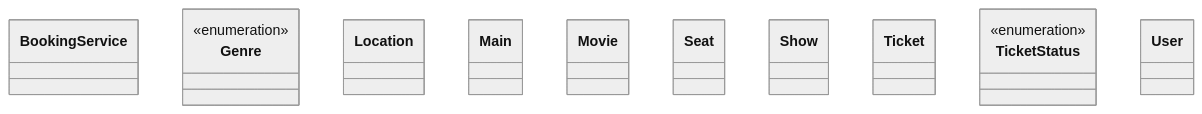
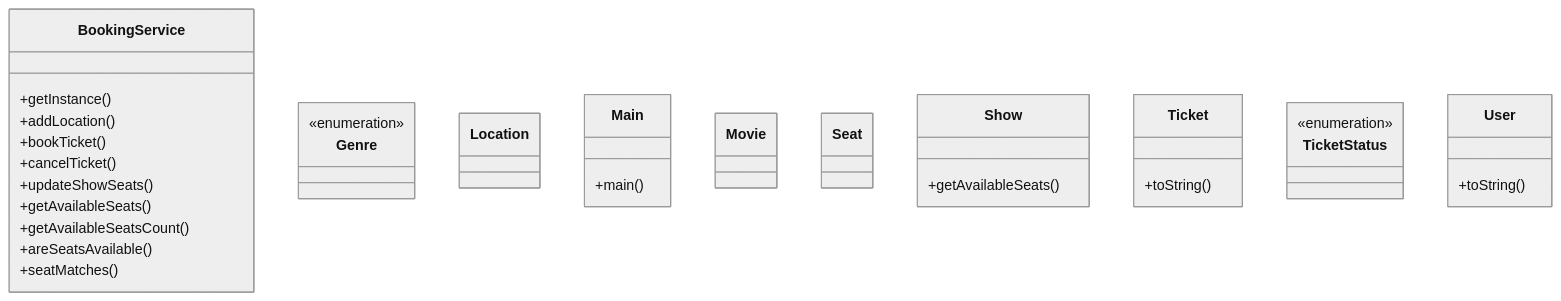
Before and after one commit to amanjaiswal30/dsa-solutions: the diagram in questions/low_level_design/02_movie_ticket_booking_system_lld.md, drawn with Mermaid (neutral theme). The commit also changed other lines of this file and 210 other files, not shown here.

````diff
--- a/questions/low_level_design/02_movie_ticket_booking_system_lld.md
+++ b/questions/low_level_design/02_movie_ticket_booking_system_lld.md
@@ -54,17 +54,35 @@
 ```mermaid
 classDiagram
-    class BookingService
+    class BookingService {
+        +getInstance()
+        +addLocation()
+        +bookTicket()
+        +cancelTicket()
+        +updateShowSeats()
+        +getAvailableSeats()
+        +getAvailableSeatsCount()
+        +areSeatsAvailable()
+        +seatMatches()
+    }
     class Genre {
         <<enumeration>>
     }
     class Location
-    class Main
+    class Main {
+        +main()
+    }
     class Movie
     class Seat
-    class Show
-    class Ticket
+    class Show {
+        +getAvailableSeats()
+    }
+    class Ticket {
+        +toString()
+    }
     class TicketStatus {
         <<enumeration>>
     }
-    class User
+    class User {
+        +toString()
+    }
 ```
````
